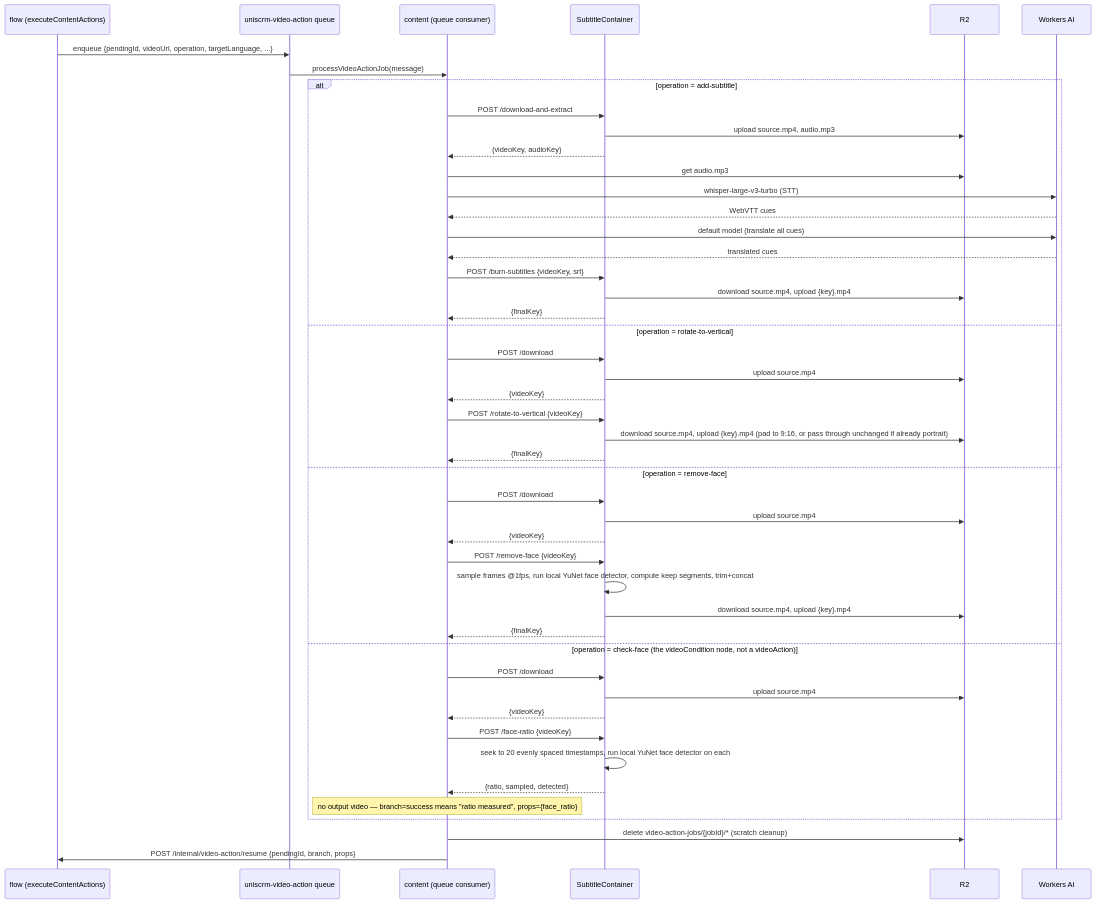
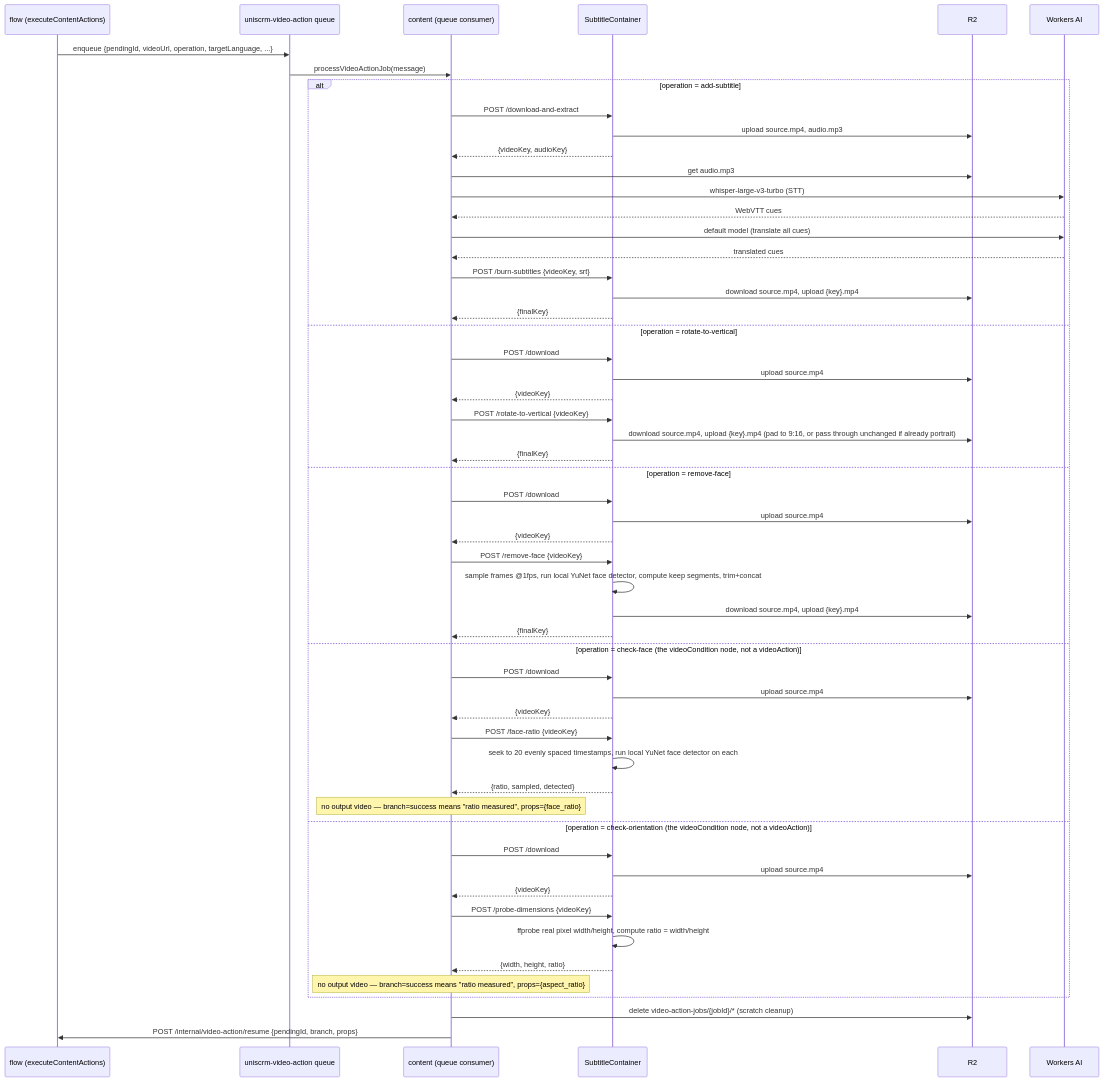
The diagram in content/src/services/video-action/sequence.md (zcqqq/uniscrm-web), drawn with Mermaid before and after one commit. The commit also changed other lines of this file and 4 other files, not shown here.

Commit message:
feat: add check-orientation operation to video-action queue consumer

````diff
--- a/content/src/services/video-action/sequence.md
+++ b/content/src/services/video-action/sequence.md
@@ -3,50 +3,58 @@
 ```mermaid
 sequenceDiagram
     participant Flow as flow (executeContentActions)
     participant Queue as uniscrm-video-action queue
     participant Content as content (queue consumer)
     participant Container as SubtitleContainer
     participant R2
     participant AI as Workers AI
 
     Flow->>Queue: enqueue {pendingId, videoUrl, operation, targetLanguage, ...}
     Queue->>Content: processVideoActionJob(message)
     alt operation = add-subtitle
         Content->>Container: POST /download-and-extract
         Container->>R2: upload source.mp4, audio.mp3
         Container-->>Content: {videoKey, audioKey}
         Content->>R2: get audio.mp3
         Content->>AI: whisper-large-v3-turbo (STT)
         AI-->>Content: WebVTT cues
         Content->>AI: default model (translate all cues)
         AI-->>Content: translated cues
         Content->>Container: POST /burn-subtitles {videoKey, srt}
         Container->>R2: download source.mp4, upload {key}.mp4
         Container-->>Content: {finalKey}
     else operation = rotate-to-vertical
         Content->>Container: POST /download
         Container->>R2: upload source.mp4
         Container-->>Content: {videoKey}
         Content->>Container: POST /rotate-to-vertical {videoKey}
         Container->>R2: download source.mp4, upload {key}.mp4 (pad to 9:16, or pass through unchanged if already portrait)
         Container-->>Content: {finalKey}
     else operation = remove-face
         Content->>Container: POST /download
         Container->>R2: upload source.mp4
         Container-->>Content: {videoKey}
         Content->>Container: POST /remove-face {videoKey}
         Container->>Container: sample frames @1fps, run local YuNet face detector, compute keep segments, trim+concat
         Container->>R2: download source.mp4, upload {key}.mp4
         Container-->>Content: {finalKey}
     else operation = check-face (the videoCondition node, not a videoAction)
         Content->>Container: POST /download
         Container->>R2: upload source.mp4
         Container-->>Content: {videoKey}
         Content->>Container: POST /face-ratio {videoKey}
         Container->>Container: seek to 20 evenly spaced timestamps, run local YuNet face detector on each
         Container-->>Content: {ratio, sampled, detected}
         Note over Content: no output video — branch=success means "ratio measured", props={face_ratio}
+    else operation = check-orientation (the videoCondition node, not a videoAction)
+        Content->>Container: POST /download
+        Container->>R2: upload source.mp4
+        Container-->>Content: {videoKey}
+        Content->>Container: POST /probe-dimensions {videoKey}
+        Container->>Container: ffprobe real pixel width/height, compute ratio = width/height
+        Container-->>Content: {width, height, ratio}
+        Note over Content: no output video — branch=success means "ratio measured", props={aspect_ratio}
     end
     Content->>R2: delete video-action-jobs/{jobId}/* (scratch cleanup)
     Content->>Flow: POST /internal/video-action/resume {pendingId, branch, props}
 ```
````
